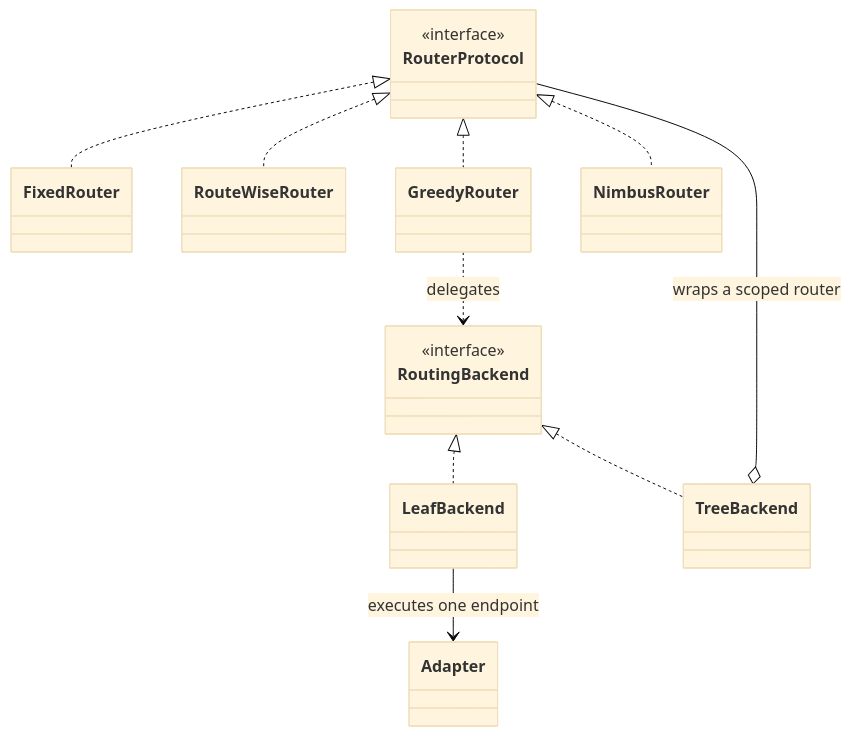
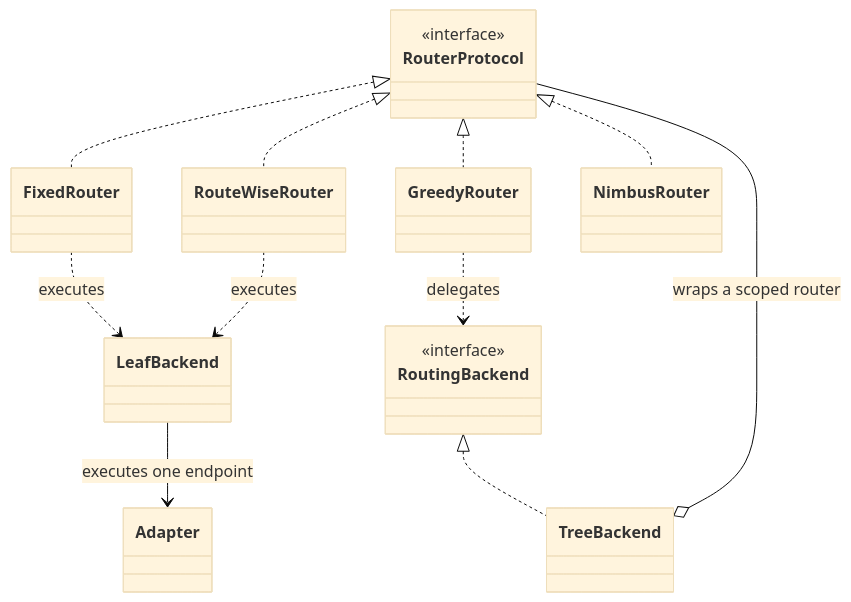
The first of 3 diagrams in docs/agents/specs/2026-09-14-composable-hybrid-routing-design.zh.md (HarvardMadSys/hybridInference), drawn with Mermaid (base theme) before and after one commit. The commit also changed other lines of this file and 15 other files, not shown here.

````diff
--- a/docs/agents/specs/2026-09-14-composable-hybrid-routing-design.zh.md
+++ b/docs/agents/specs/2026-09-14-composable-hybrid-routing-design.zh.md
@@ -59,18 +59,19 @@
 ```mermaid
 classDiagram
     class RouterProtocol {
         <<interface>>
     }
     RouterProtocol <|.. FixedRouter
     RouterProtocol <|.. RouteWiseRouter
     RouterProtocol <|.. GreedyRouter
     RouterProtocol <|.. NimbusRouter
     class RoutingBackend {
         <<interface>>
     }
-    RoutingBackend <|.. LeafBackend
+    FixedRouter ..> LeafBackend : executes
+    RouteWiseRouter ..> LeafBackend : executes
     RoutingBackend <|.. TreeBackend
     GreedyRouter ..> RoutingBackend : delegates
     TreeBackend o-- RouterProtocol : wraps a scoped router
     LeafBackend --> Adapter : executes one endpoint
 ```
````
